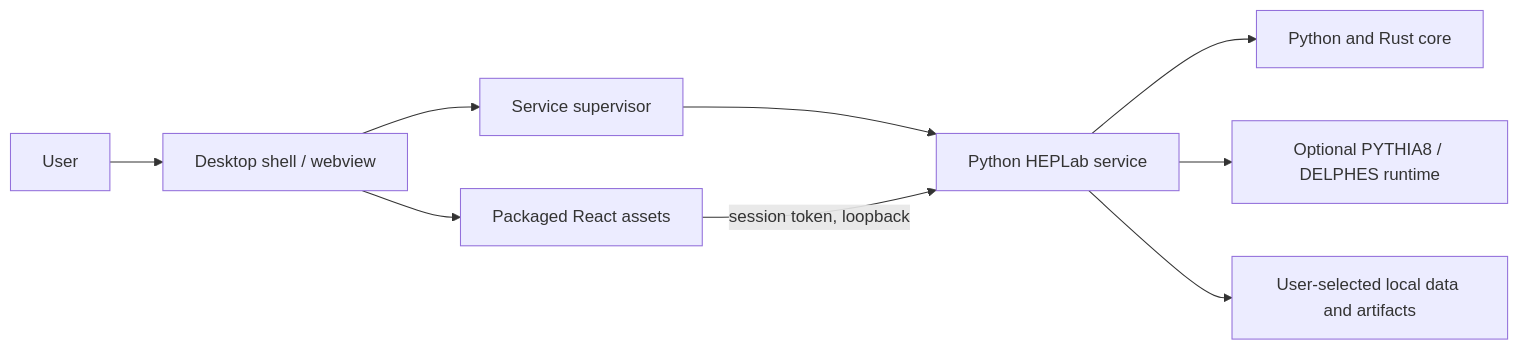
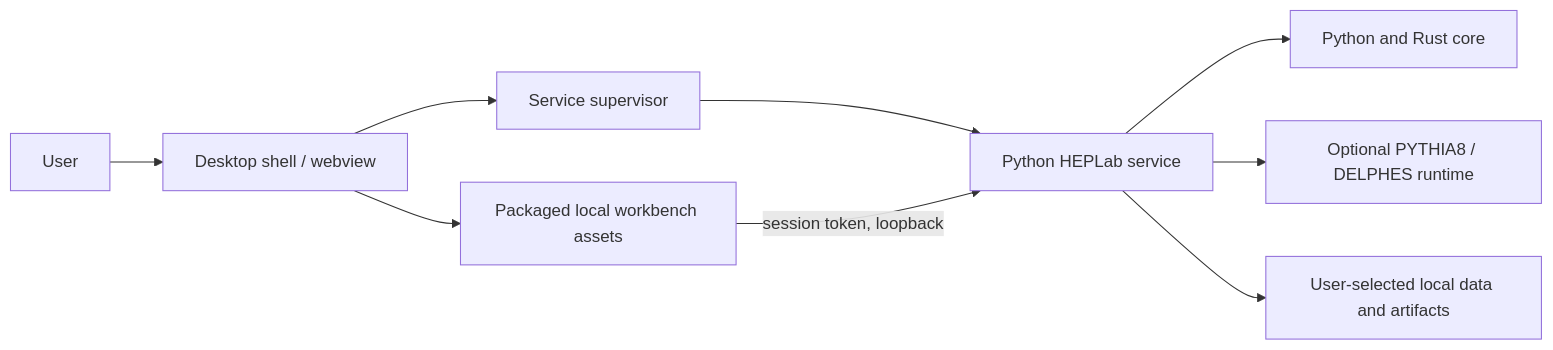
Before and after one commit to adian007/HEPLab: the diagram in docs/web/04-desktop-packaging.md, drawn with Mermaid. The commit also changed 1837 other files, not shown here.

````diff
--- a/docs/web/04-desktop-packaging.md
+++ b/docs/web/04-desktop-packaging.md
@@ -19,11 +19,11 @@
 ```mermaid
 flowchart LR
     USER[User] --> SHELL[Desktop shell / webview]
-    SHELL --> UI[Packaged React assets]
+    SHELL --> UI[Packaged local workbench assets]
     SHELL --> SUP[Service supervisor]
     SUP --> PY[Python HEPLab service]
     PY --> CORE[Python and Rust core]
     PY --> OPT[Optional PYTHIA8 / DELPHES runtime]
     PY --> DATA[User-selected local data and artifacts]
     UI -->|session token, loopback| PY
 ```
````
